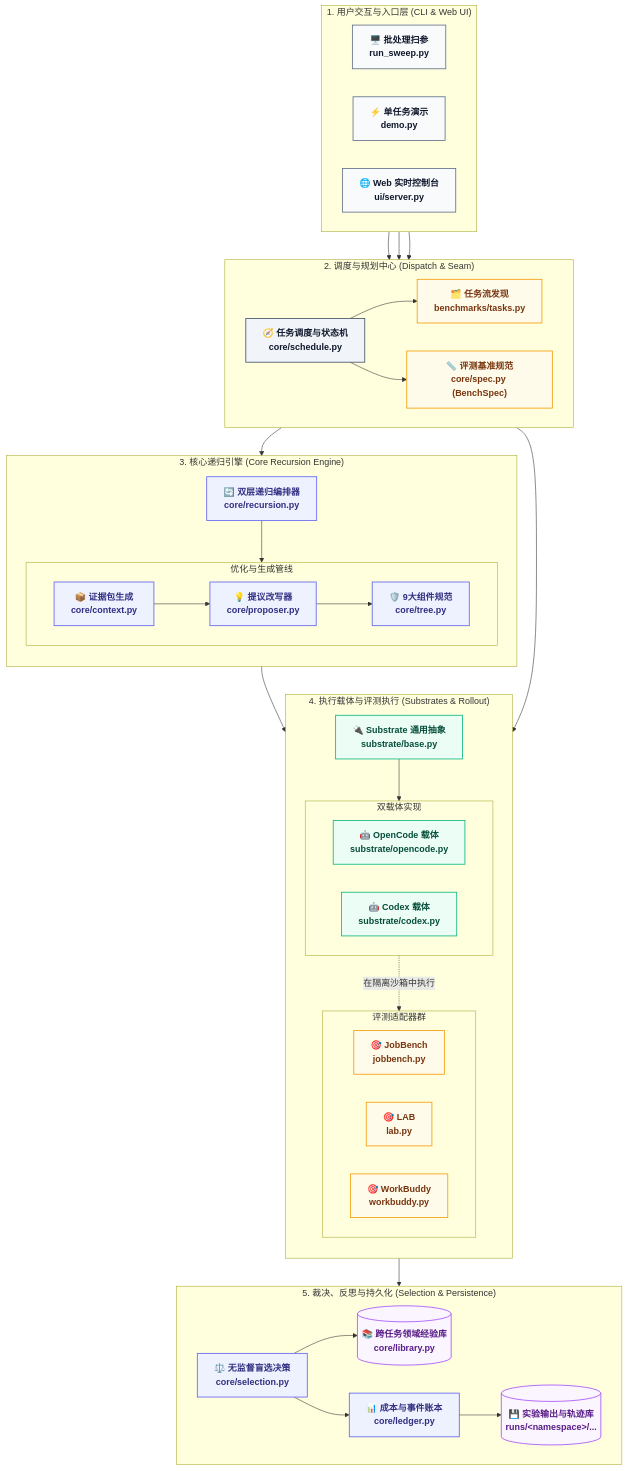
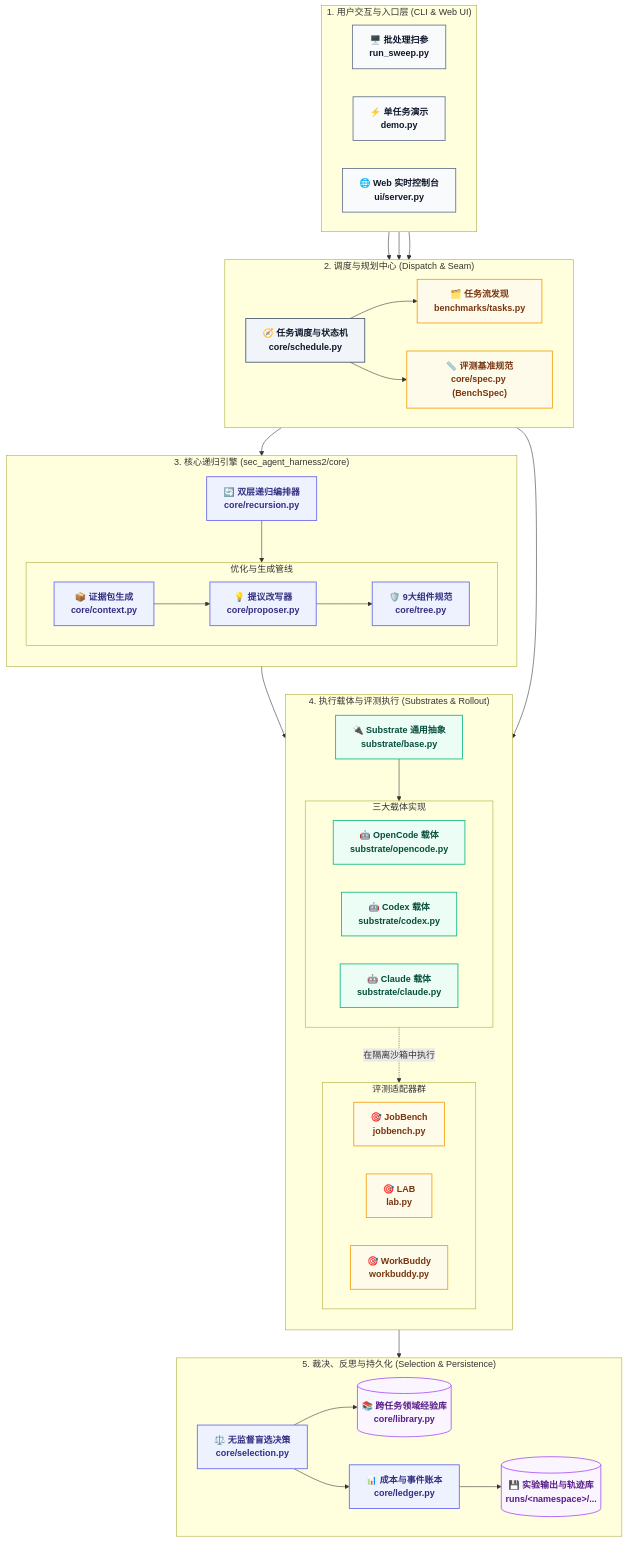
The first of 3 diagrams in docs/ARCHITECTURE_zh.md (owl234/SecAgentHarness), drawn with Mermaid before and after one commit. The commit also changed other lines of this file and 53 other files, not shown here.

```diff
--- a/docs/ARCHITECTURE_zh.md
+++ b/docs/ARCHITECTURE_zh.md
@@ -46,7 +44,7 @@
         Tasks["🗂️ 任务流发现<br>benchmarks/tasks.py"]:::bench
     end
 
-    subgraph L3["3. 核心递归引擎 (Core Recursion Engine)"]
+    subgraph L3["3. 核心递归引擎 (sec_agent_harness2/core)"]
         direction TB
         Recursion["🔄 双层递归编排器<br>core/recursion.py"]:::core
         subgraph PipelineInsideCore["优化与生成管线"]
@@ -63,10 +61,11 @@
     subgraph L4["4. 执行载体与评测执行 (Substrates & Rollout)"]
         direction TB
         SubBase["🔌 Substrate 通用抽象<br>substrate/base.py"]:::substrate
-        subgraph Runners["双载体实现"]
+        subgraph Runners["三大载体实现"]
             direction LR
             OpenCode["🤖 OpenCode 载体<br>substrate/opencode.py"]:::substrate
             Codex["🤖 Codex 载体<br>substrate/codex.py"]:::substrate
+            Claude["🤖 Claude 载体<br>substrate/claude.py"]:::substrate
         end
         subgraph BenchmarkAdapters["评测适配器群"]
             direction LR
```
